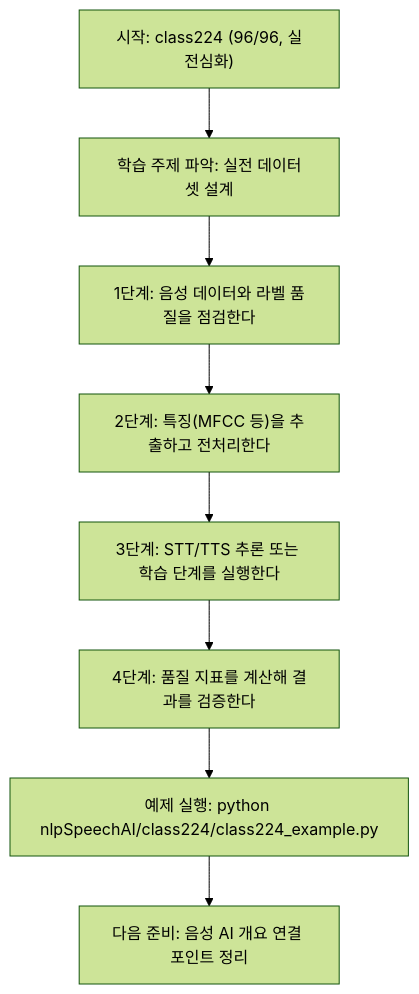
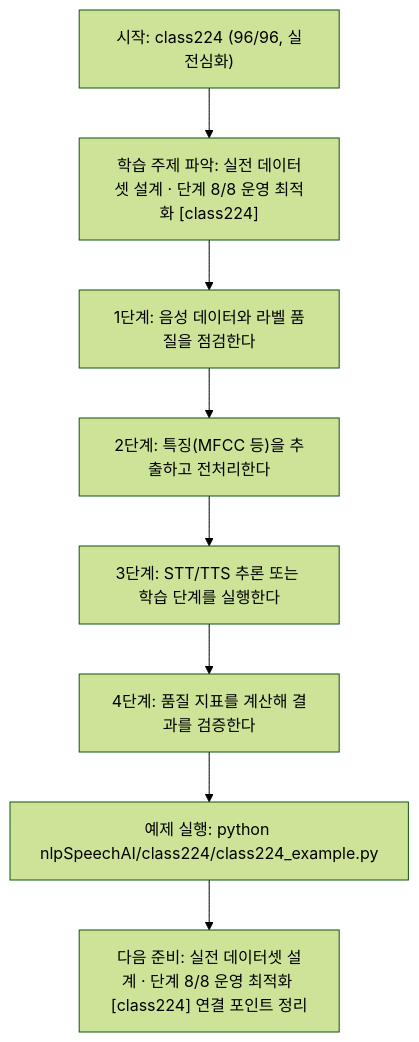
One commit to edumgt/Python-AI_Agent-Class changed the diagram in nlpSpeechAI/class224/class224.md. Above: the diagram before and after it, drawn with Mermaid (forest theme). The commit also changed other lines of this file and 522 other files, not shown here.

````diff
--- a/nlpSpeechAI/class224/class224.md
+++ b/nlpSpeechAI/class224/class224.md
@@ -113,18 +114,18 @@
 ```mermaid
 flowchart TD
 N1["시작: class224 (96/96, 실전심화)"]
-N2["학습 주제 파악: 실전 데이터셋 설계"]
+N2["학습 주제 파악: 실전 데이터셋 설계 · 단계 8/8 운영 최적화 [class224]"]
 N3["1단계: 음성 데이터와 라벨 품질을 점검한다"]
 N4["2단계: 특징(MFCC 등)을 추출하고 전처리한다"]
 N5["3단계: STT/TTS 추론 또는 학습 단계를 실행한다"]
 N6["4단계: 품질 지표를 계산해 결과를 검증한다"]
 N7["예제 실행: python nlpSpeechAI/class224/class224_example.py"]
-N8["다음 준비: 음성 AI 개요 연결 포인트 정리"]
+N8["다음 준비: 실전 데이터셋 설계 · 단계 8/8 운영 최적화 [class224] 연결 포인트 정리"]
 N1 --> N2
 N2 --> N3
 N3 --> N4
 N4 --> N5
 N5 --> N6
 N6 --> N7
 N7 --> N8
 ```
````
